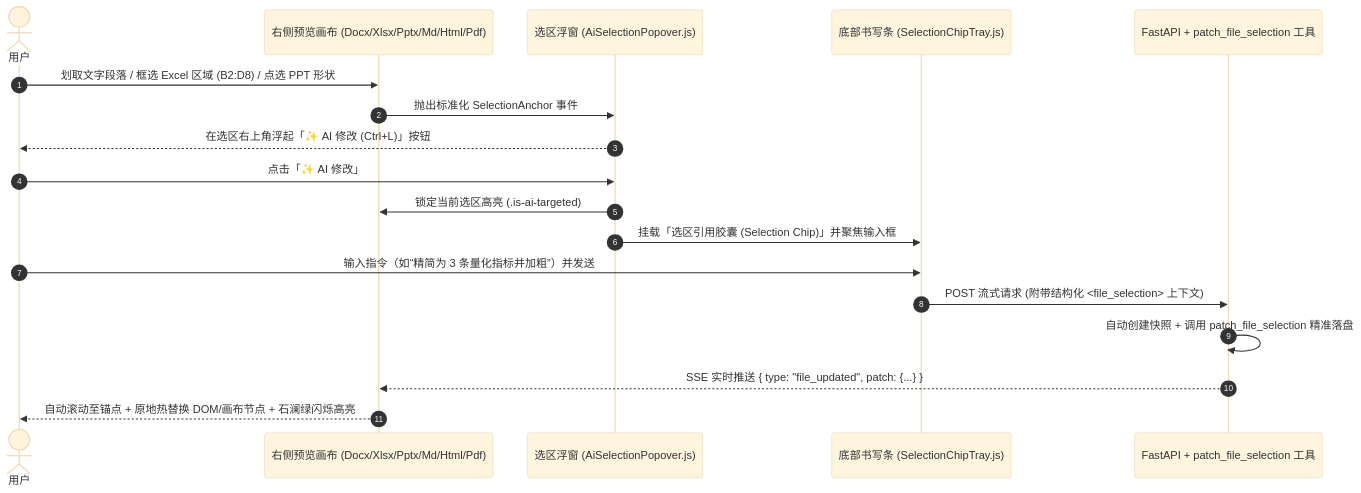
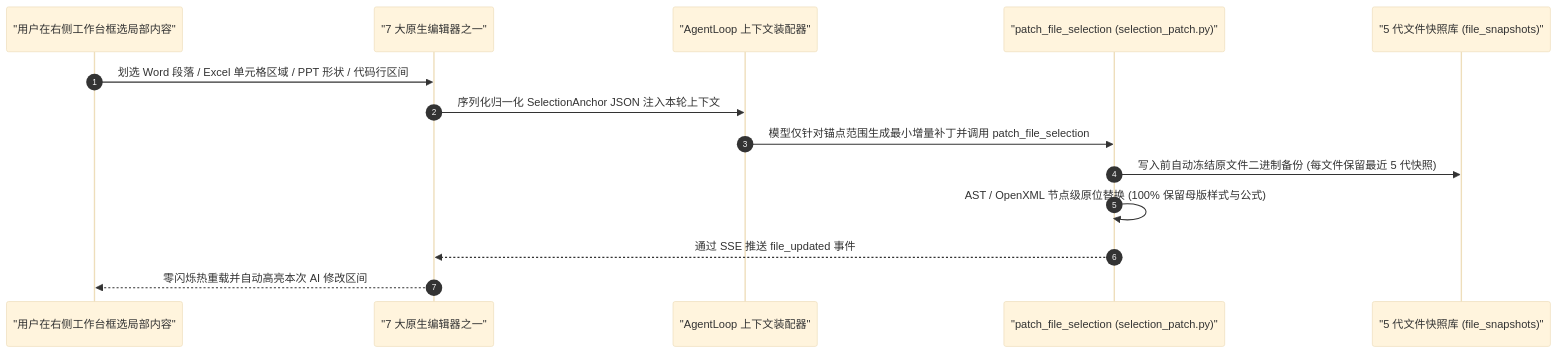
Before and after one commit to HelmAgent/Helm_website: the second of 3 diagrams in docs/architecture/workbench.md, drawn with Mermaid (base theme). The commit also changed other lines of this file and 57 other files, not shown here.

Commit message:
docs(architecture): add detailed documentation for the 5-Tier Permission Sandbox, Zero-RTT Intent Engine, and Open Ecosystem; include core modules, empirical evidence, and interactive permission modes for enhanced clarity and functionality

````diff
--- a/docs/architecture/workbench.md
+++ b/docs/architecture/workbench.md
@@ -59,21 +54,17 @@
 ```mermaid
 sequenceDiagram
   autonumber
-  actor User as 用户
-  participant Editor as 右侧预览画布 (Docx/Xlsx/Pptx/Md/Html/Pdf)
-  participant Popover as 选区浮窗 (AiSelectionPopover.js)
-  participant Composer as 底部书写条 (SelectionChipTray.js)
-  participant Agent as FastAPI + patch_file_selection 工具
+  participant User as "用户在右侧工作台框选局部内容"
+  participant Editor as "7 大原生编辑器之一"
+  participant Agent as "AgentLoop 上下文装配器"
+  participant Patch as "patch_file_selection (selection_patch.py)"
+  participant Snap as "5 代文件快照库 (file_snapshots)"
 
-  User->>Editor: 划取文字段落 / 框选 Excel 区域 (B2:D8) / 点选 PPT 形状
-  Editor->>Popover: 抛出标准化 SelectionAnchor 事件
-  Popover-->>User: 在选区右上角浮起「✨ AI 修改 (Ctrl+L)」按钮
-  User->>Popover: 点击「✨ AI 修改」
-  Popover->>Editor: 锁定当前选区高亮 (.is-ai-targeted)
-  Popover->>Composer: 挂载「选区引用胶囊 (Selection Chip)」并聚焦输入框
-  User->>Composer: 输入指令（如“精简为 3 条量化指标并加粗”）并发送
-  Composer->>Agent: POST 流式请求 (附带结构化 <file_selection> 上下文)
-  Agent->>Agent: 自动创建快照 + 调用 patch_file_selection 精准落盘
-  Agent-->>Editor: SSE 实时推送 { type: "file_updated", patch: {...} }
-  Editor-->>User: 自动滚动至锚点 + 原地热替换 DOM/画布节点 + 石澜绿闪烁高亮
+  User->>Editor: 划选 Word 段落 / Excel 单元格区域 / PPT 形状 / 代码行区间
+  Editor->>Agent: 序列化归一化 SelectionAnchor JSON 注入本轮上下文
+  Agent->>Patch: 模型仅针对锚点范围生成最小增量补丁并调用 patch_file_selection
+  Patch->>Snap: 写入前自动冻结原文件二进制备份 (每文件保留最近 5 代快照)
+  Patch->>Patch: AST / OpenXML 节点级原位替换 (100% 保留母版样式与公式)
+  Patch-->>Editor: 通过 SSE 推送 file_updated 事件
+  Editor-->>User: 零闪烁热重载并自动高亮本次 AI 修改区间
 ```
````
